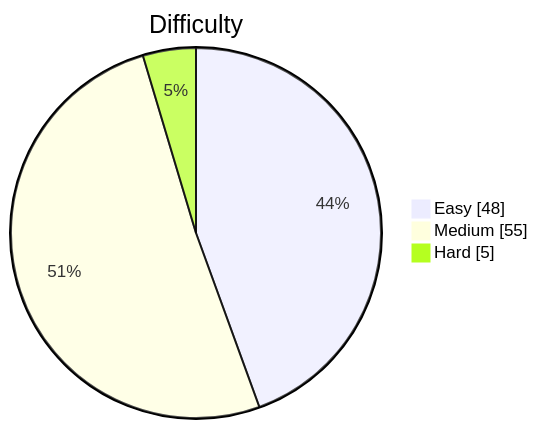
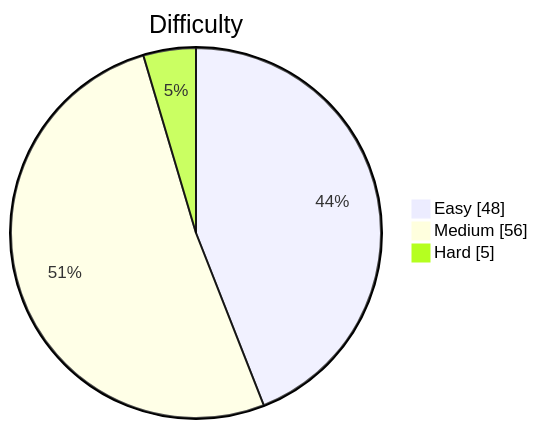
Before and after one commit to kevstevie/python-algo-practice: the diagram in README.md, drawn with Mermaid. The commit also changed other lines of this file, not shown here.

````diff
--- a/README.md
+++ b/README.md
@@ -13,7 +13,7 @@
 ```mermaid
 pie showData
     title Difficulty
     "Easy"   : 48
-    "Medium" : 55
+    "Medium" : 56
     "Hard"   : 5
 ```
````
